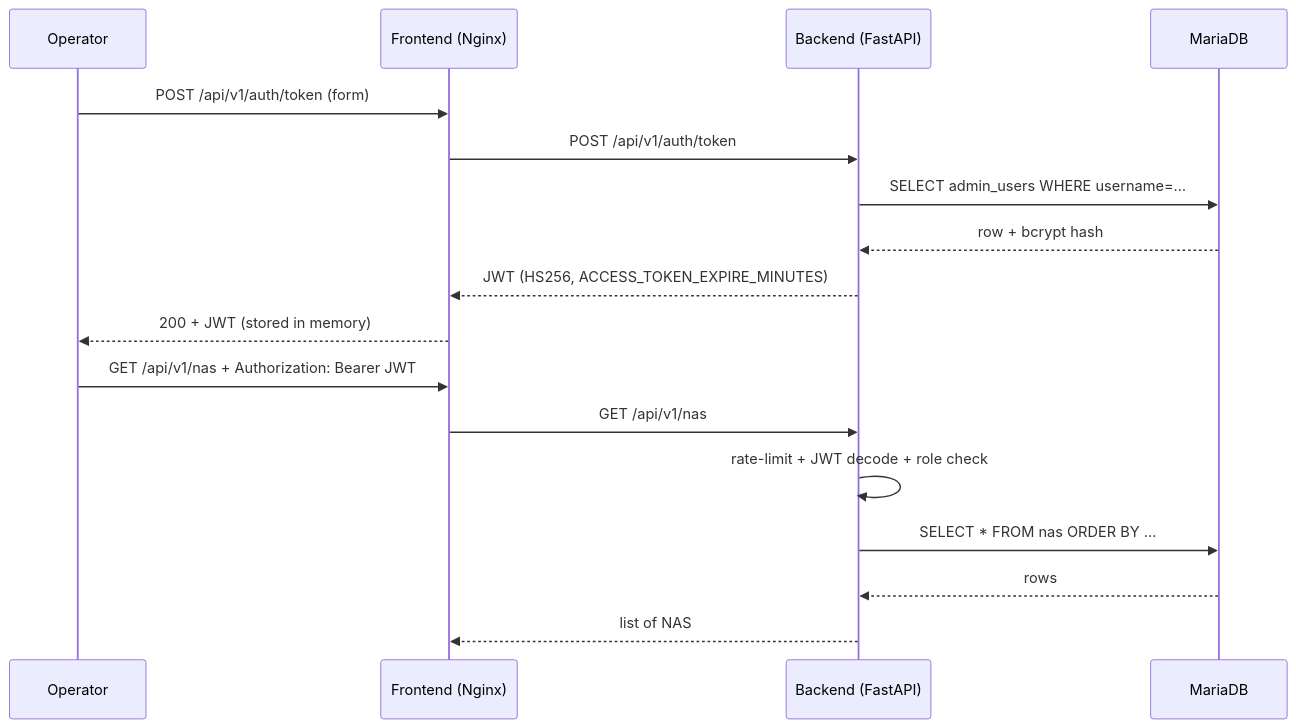
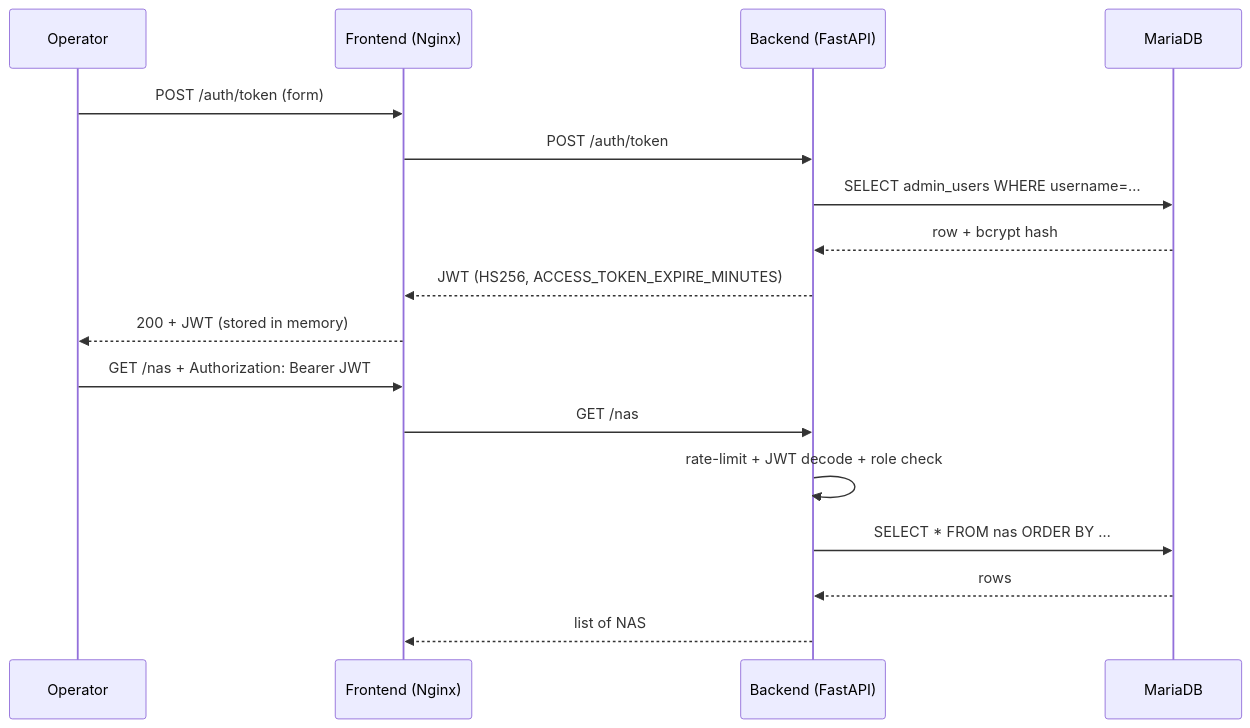
Before and after one commit to alexandervazquez98/ZeroRadius: the second of 4 diagrams in docs/architecture.md, drawn with Mermaid. The commit also changed 26 other files, not shown here.

````diff
--- a/docs/architecture.md
+++ b/docs/architecture.md
@@ -58,21 +58,21 @@
 ```mermaid
 sequenceDiagram
     participant U as Operator
     participant FE as Frontend (Nginx)
     participant BE as Backend (FastAPI)
     participant DB as MariaDB
 
-    U->>FE: POST /api/v1/auth/token (form)
-    FE->>BE: POST /api/v1/auth/token
+    U->>FE: POST /auth/token (form)
+    FE->>BE: POST /auth/token
     BE->>DB: SELECT admin_users WHERE username=…
     DB-->>BE: row + bcrypt hash
     BE-->>FE: JWT (HS256, ACCESS_TOKEN_EXPIRE_MINUTES)
     FE-->>U: 200 + JWT (stored in memory)
 
-    U->>FE: GET /api/v1/nas + Authorization: Bearer JWT
-    FE->>BE: GET /api/v1/nas
+    U->>FE: GET /nas + Authorization: Bearer JWT
+    FE->>BE: GET /nas
     BE->>BE: rate-limit + JWT decode + role check
     BE->>DB: SELECT * FROM nas ORDER BY …
     DB-->>BE: rows
     BE-->>FE: list of NAS
 ```
````
